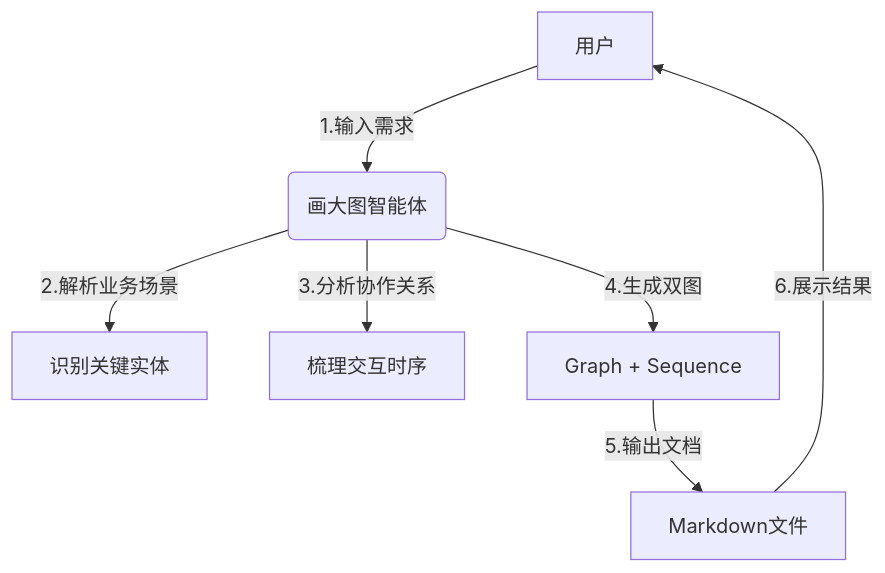
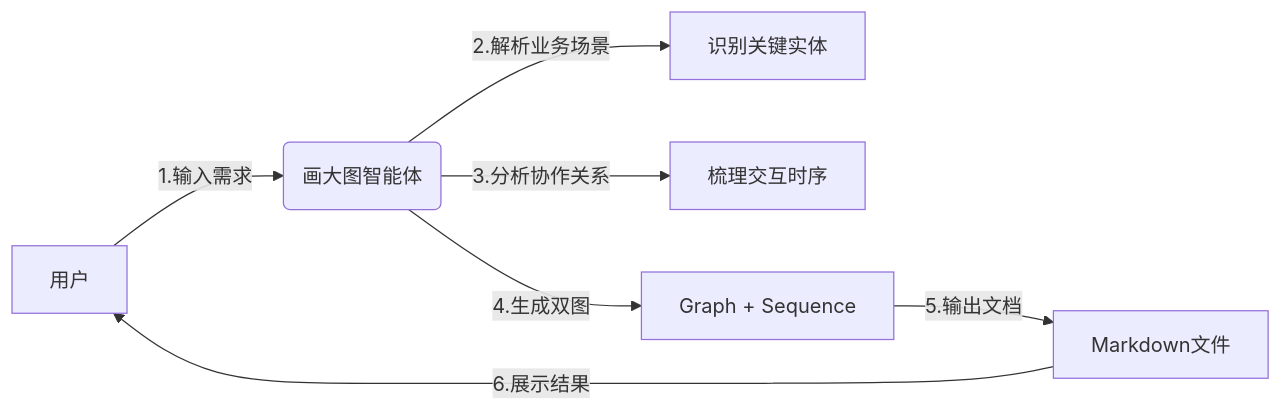
One commit to Coldplay-now/Entity-Relationship-Chart-Agent-Prompt changed the diagram in README.md. Above: the diagram before and after it, drawn with Mermaid. The commit also changed other lines of this file, not shown here.

````diff
--- a/README.md
+++ b/README.md
@@ -17,9 +17,9 @@
 ```mermaid
-graph TD 
+graph LR 
      A[用户] -->|1.输入需求| B(画大图智能体) 
      B -->|2.解析业务场景| C[识别关键实体] 
      B -->|3.分析协作关系| D[梳理交互时序] 
      B -->|4.生成双图| E[Graph + Sequence] 
      E -->|5.输出文档| F[Markdown文件] 
      F -->|6.展示结果| A
 ```
````
